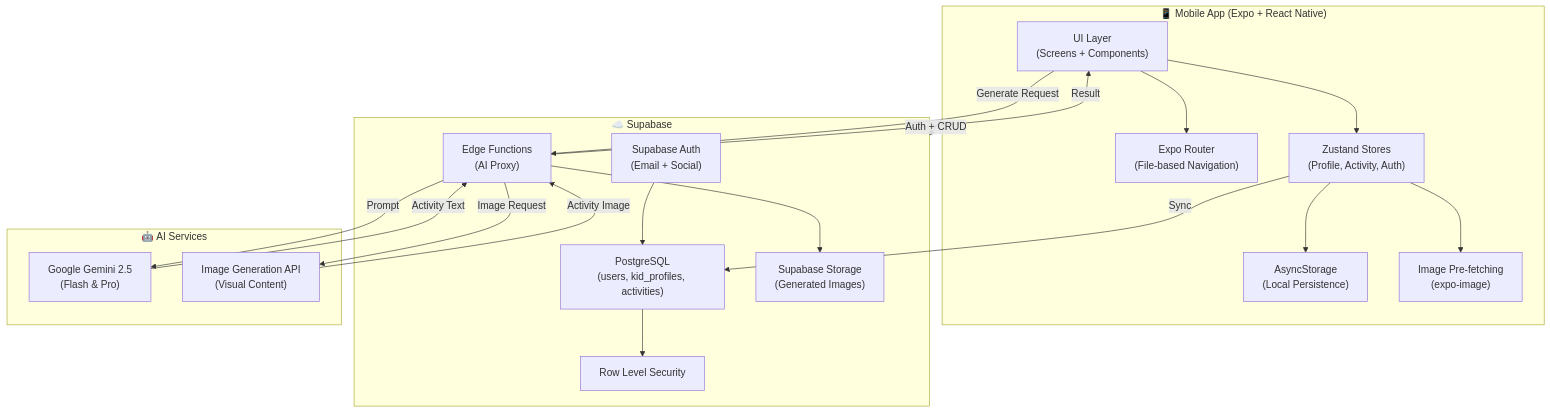
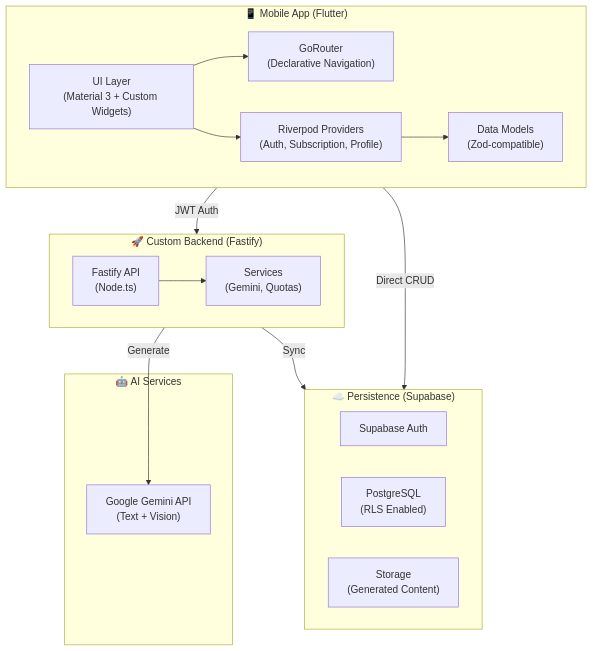
Before and after one commit to zaynkorai/kidivity: the diagram in docs/architecture.md, drawn with Mermaid. The commit also changed other lines of this file and 37 other files, not shown here.

````diff
--- a/docs/architecture.md
+++ b/docs/architecture.md
@@ -5,41 +5,34 @@
 ```mermaid
 flowchart TB
-    subgraph Client["📱 Mobile App (Expo + React Native)"]
-        UI["UI Layer<br/>(Screens + Components)"]
-        NAV["Expo Router<br/>(File-based Navigation)"]
-        STATE["Zustand Stores<br/>(Profile, Activity, Auth)"]
-        PERSIST["AsyncStorage<br/>(Local Persistence)"]
-        PREFETCH["Image Pre-fetching<br/>(expo-image)"]
+    subgraph Client["📱 Mobile App (Flutter)"]
+        UI["UI Layer<br/>(Material 3 + Custom Widgets)"]
+        NAV["GoRouter<br/>(Declarative Navigation)"]
+        STATE["Riverpod Providers<br/>(Auth, Subscription, Profile)"]
+        MODELS["Data Models<br/>(Zod-compatible)"]
         
         UI --> NAV
         UI --> STATE
-        STATE --> PERSIST
-        STATE --> PREFETCH
+        STATE --> MODELS
     end
     
-    subgraph Supabase["☁️ Supabase"]
-        AUTH["Supabase Auth<br/>(Email + Social)"]
-        DB["PostgreSQL<br/>(users, kid_profiles, activities)"]
-        EDGE["Edge Functions<br/>(AI Proxy)"]
-        STORAGE["Supabase Storage<br/>(Generated Images)"]
-        RLS["Row Level Security"]
-        
-        AUTH --> DB
-        DB --> RLS
-        EDGE --> STORAGE
+    subgraph Server["🚀 Custom Backend (Fastify)"]
+        API["Fastify API<br/>(Node.ts)"]
+        SERVICES["Services<br/>(Gemini, Quotas)"]
+        API --> SERVICES
+    end
+    
+    subgraph Supabase["☁️ Persistence (Supabase)"]
+        AUTH["Supabase Auth"]
+        DB["PostgreSQL<br/>(RLS Enabled)"]
+        STORAGE["Storage<br/>(Generated Content)"]
     end
     
     subgraph AI["🤖 AI Services"]
-        GEMINI["Google Gemini 2.5<br/>(Flash & Pro)"]
-        IMGGEN["Image Generation API<br/>(Visual Content)"]
+        GEMINI["Google Gemini API<br/>(Text + Vision)"]
     end
     
-    Client -->|"Auth + CRUD"| Supabase
-    STATE -->|"Sync"| DB
-    UI -->|"Generate Request"| EDGE
-    EDGE -->|"Prompt"| GEMINI
-    EDGE -->|"Image Request"| IMGGEN
-    GEMINI -->|"Activity Text"| EDGE
-    IMGGEN -->|"Activity Image"| EDGE
-    EDGE -->|"Result"| UI
+    Client -->|"JWT Auth"| Server
+    Client -->|"Direct CRUD"| Supabase
+    Server -->|Sync| Supabase
+    Server -->|Generate| GEMINI
 ```
````
